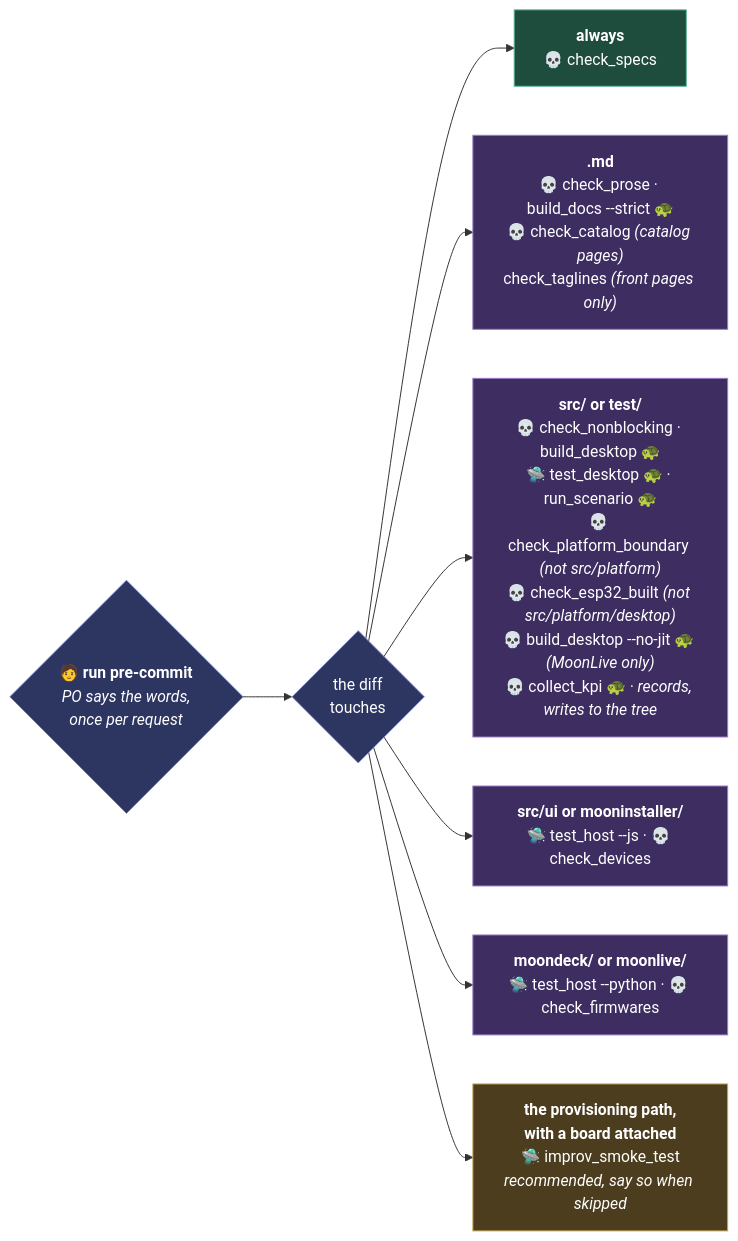
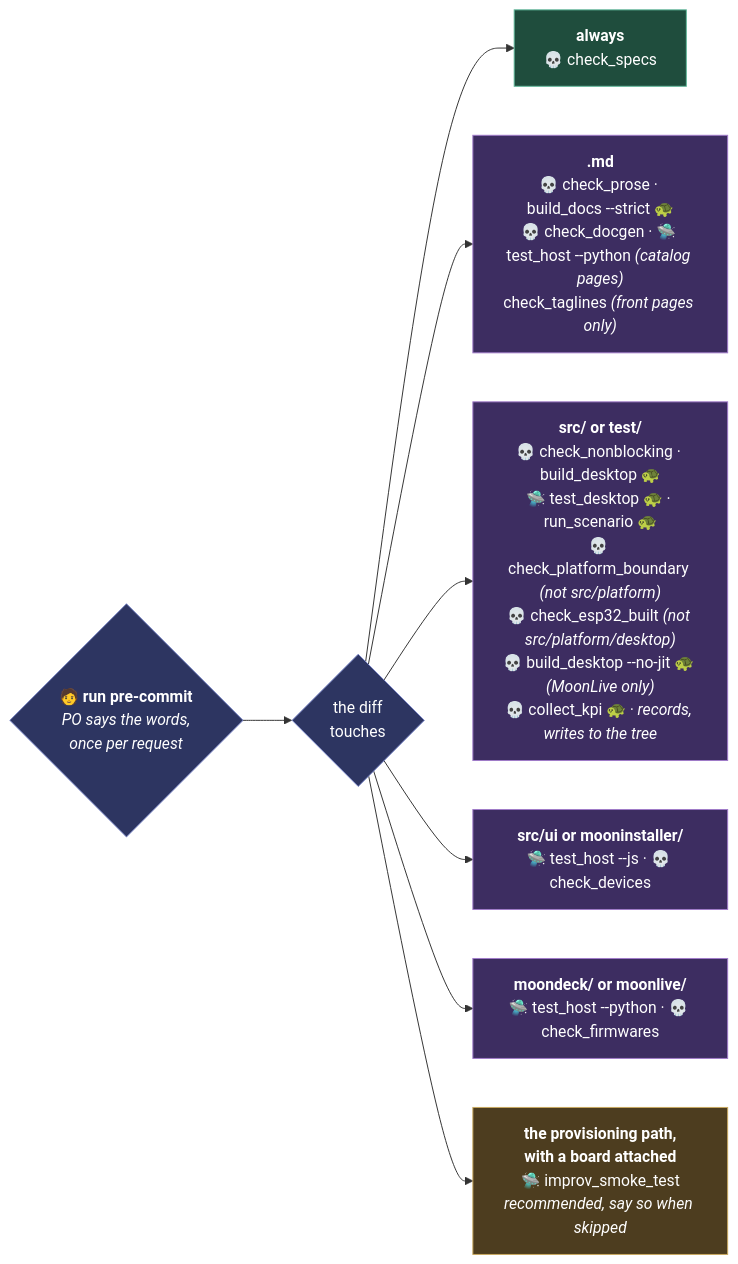
Before and after one commit to Gohnnyman/projectMM: the fourth of 6 diagrams in CLAUDE.md, drawn with Mermaid. The commit also changed 69 other files, not shown here.

````diff
--- a/CLAUDE.md
+++ b/CLAUDE.md
@@ -182,23 +182,23 @@
 ```mermaid
 flowchart LR
     pc{"<b>🧑 run pre-commit</b><br/><i>PO says the words,<br/>once per request</i>"}
     diff{"the diff<br/>touches"}
     pc --> diff
     always["<b>always</b><br/>💀 check_specs"]
-    md["<b>.md</b><br/>💀 check_prose · build_docs --strict 🐢<br/>💀 check_catalog <i>(catalog pages)</i><br/>check_taglines <i>(front pages only)</i>"]
+    md["<b>.md</b><br/>💀 check_prose · build_docs --strict 🐢<br/>💀 check_docgen · 🛸 test_host --python <i>(catalog pages)</i><br/>check_taglines <i>(front pages only)</i>"]
     code["<b>src/ or test/</b><br/>💀 check_nonblocking · build_desktop 🐢<br/>🛸 test_desktop 🐢 · run_scenario 🐢<br/>💀 check_platform_boundary <i>(not src/platform)</i><br/>💀 check_esp32_built <i>(not src/platform/desktop)</i><br/>💀 build_desktop --no-jit 🐢 <i>(MoonLive only)</i><br/>💀 collect_kpi 🐢 <i>· records, writes to the tree</i>"]
     web["<b>src/ui or mooninstaller/</b><br/>🛸 test_host --js · 💀 check_devices"]
     py["<b>moondeck/ or moonlive/</b><br/>🛸 test_host --python · 💀 check_firmwares"]
     board["<b>the provisioning path,<br/>with a board attached</b><br/>🛸 improv_smoke_test<br/><i>recommended, say so when skipped</i>"]
 
     diff --> always & md & code & web & py & board
 
     classDef po fill:#2d3561,stroke:#7b88c9,color:#fff
     classDef check fill:#1f4d3d,stroke:#5fb89a,color:#fff
     classDef agent fill:#3d2d61,stroke:#a07bc9,color:#fff
     classDef gate fill:#4d3d1f,stroke:#c9a95f,color:#fff
     class diff,pc po
     class always check
     class md,code,web,py agent
     class board gate
 ```
````
